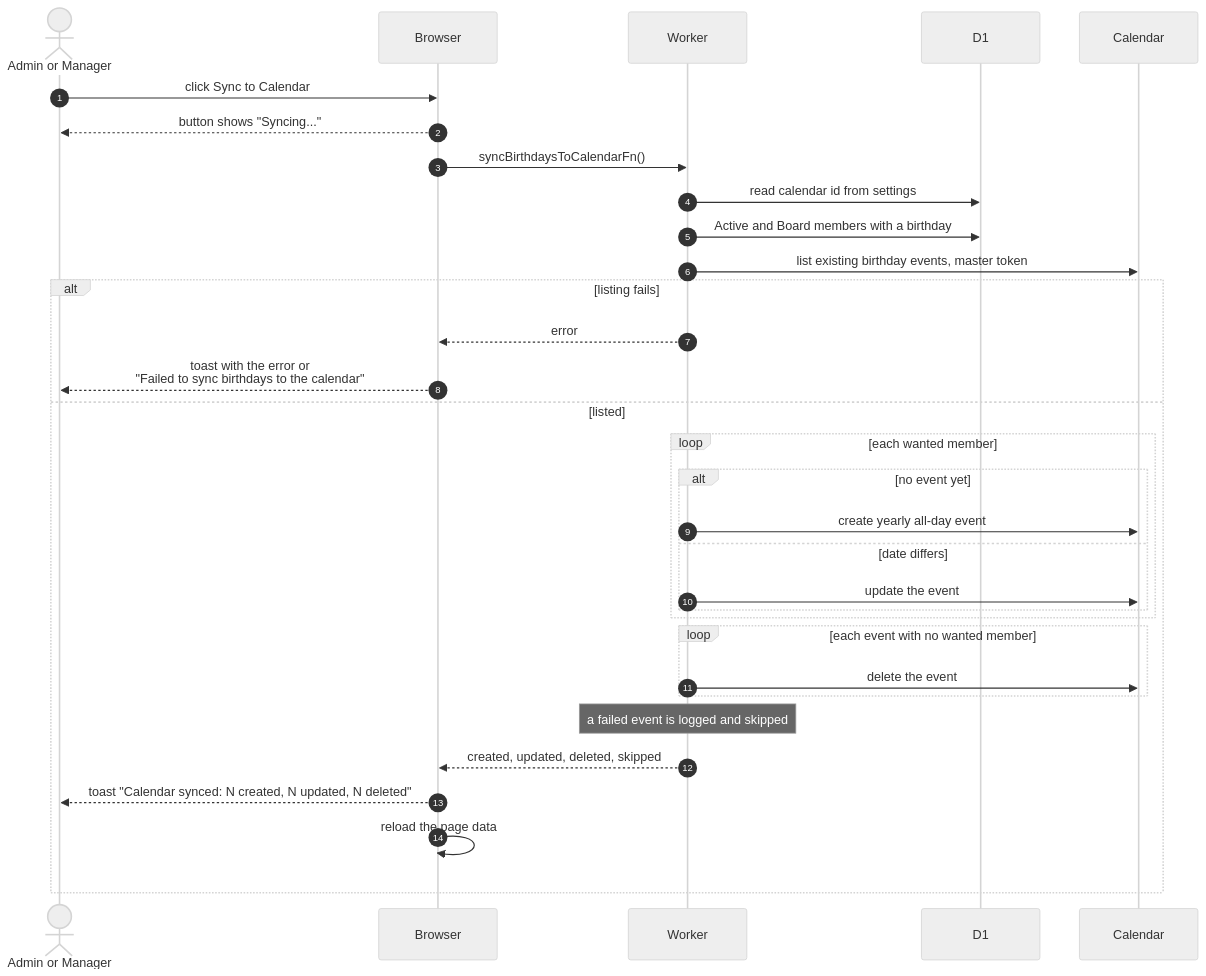
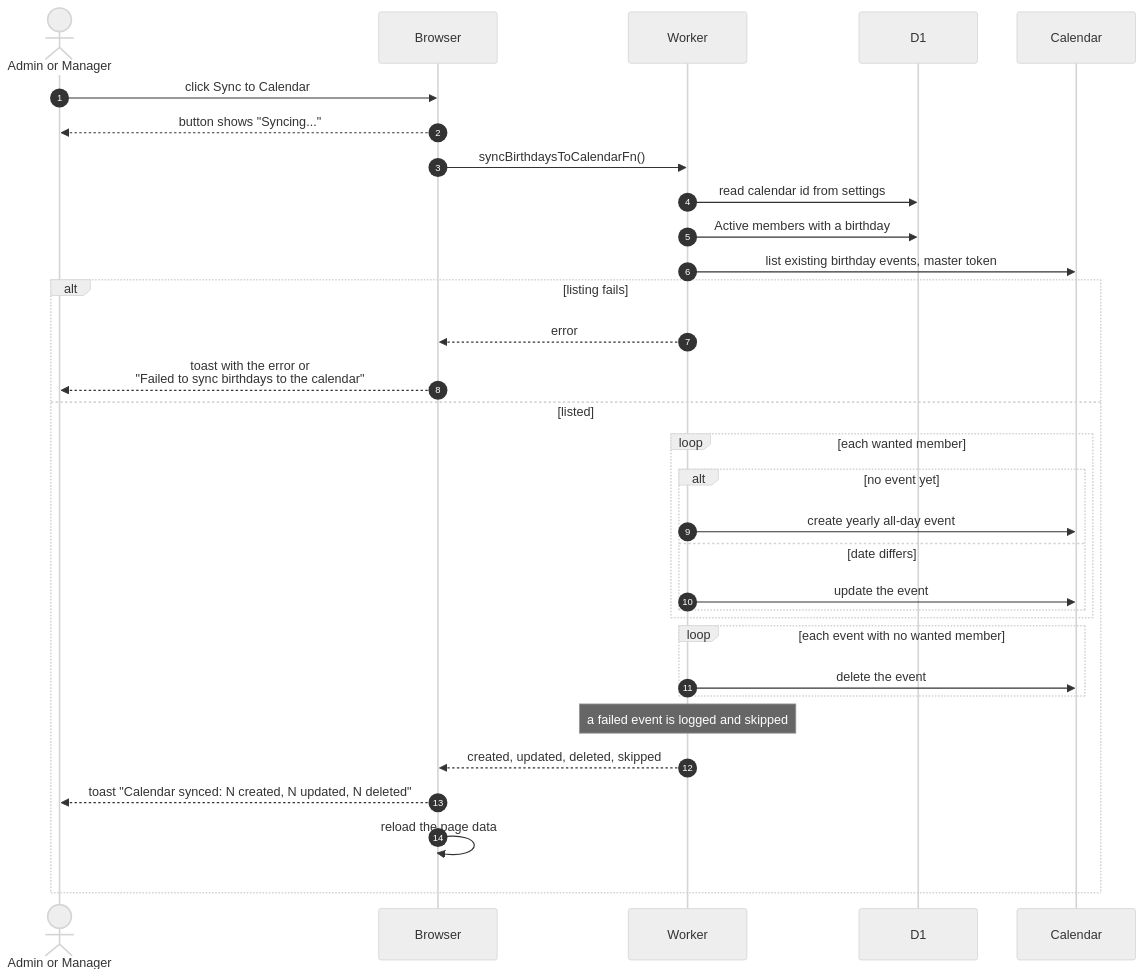
One commit to sagyzdop/meriksirat changed the diagram in docs/scenarios/admin/sync-birthdays.md. Above: the diagram before and after it, drawn with Mermaid (neutral theme). The commit also changed other lines of this file and 45 other files, not shown here.

````diff
--- a/docs/scenarios/admin/sync-birthdays.md
+++ b/docs/scenarios/admin/sync-birthdays.md
@@ -14,35 +14,35 @@
 ```mermaid
 sequenceDiagram
     autonumber
     actor Person as Admin or Manager
     participant Browser
     participant Worker
     participant D1
     participant Calendar
 
     Person->>Browser: click Sync to Calendar
     Browser-->>Person: button shows "Syncing..."
     Browser->>Worker: syncBirthdaysToCalendarFn()
     Worker->>D1: read calendar id from settings
-    Worker->>D1: Active and Board members with a birthday
+    Worker->>D1: Active members with a birthday
     Worker->>Calendar: list existing birthday events, master token
     alt listing fails
         Worker-->>Browser: error
         Browser-->>Person: toast with the error or<br/>"Failed to sync birthdays to the calendar"
     else listed
         loop each wanted member
             alt no event yet
                 Worker->>Calendar: create yearly all-day event
             else date differs
                 Worker->>Calendar: update the event
             end
         end
         loop each event with no wanted member
             Worker->>Calendar: delete the event
         end
         Note over Worker: a failed event is logged and skipped
         Worker-->>Browser: created, updated, deleted, skipped
         Browser-->>Person: toast "Calendar synced: N created, N updated, N deleted"
         Browser->>Browser: reload the page data
     end
 ```
````
